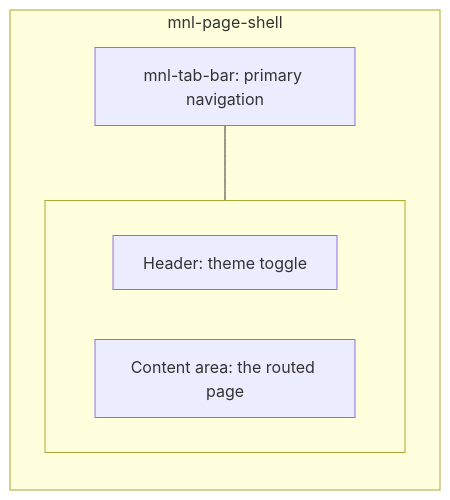
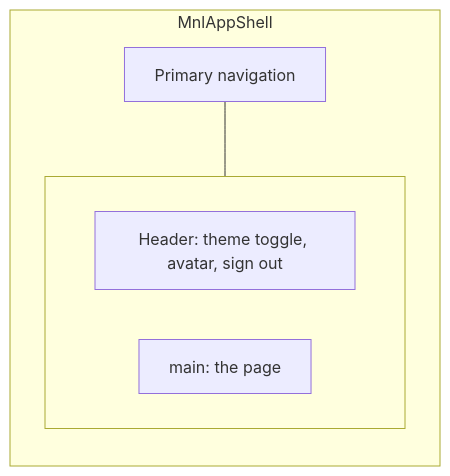
One commit to DigiBanks99/menlo changed the diagram in docs/reference/app-shell.md. Above: the diagram before and after it, drawn with Mermaid. The commit also changed other lines of this file and 17 other files, not shown here.

````diff
--- a/docs/reference/app-shell.md
+++ b/docs/reference/app-shell.md
@@ -18,11 +18,11 @@
 ```mermaid
 flowchart LR
-    subgraph Shell[mnl-page-shell]
-        Nav[mnl-tab-bar: primary navigation]
+    subgraph Shell[MnlAppShell]
+        Nav[Primary navigation]
         subgraph Column[ ]
-            Header[Header: theme toggle]
-            Content[Content area: the routed page]
+            Header[Header: theme toggle, avatar, sign out]
+            Content[main: the page]
         end
     end
     Nav --- Column
 ```
````
